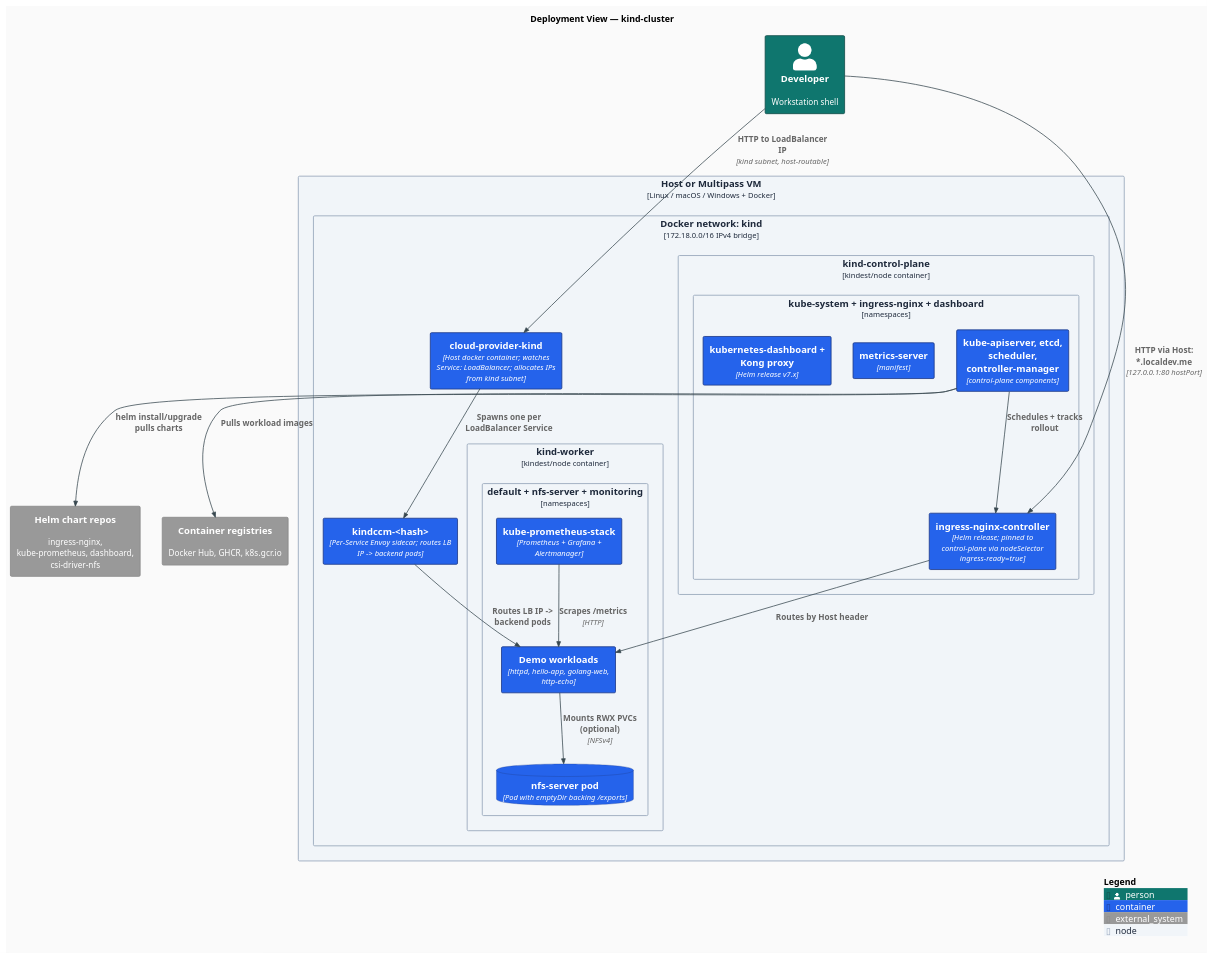
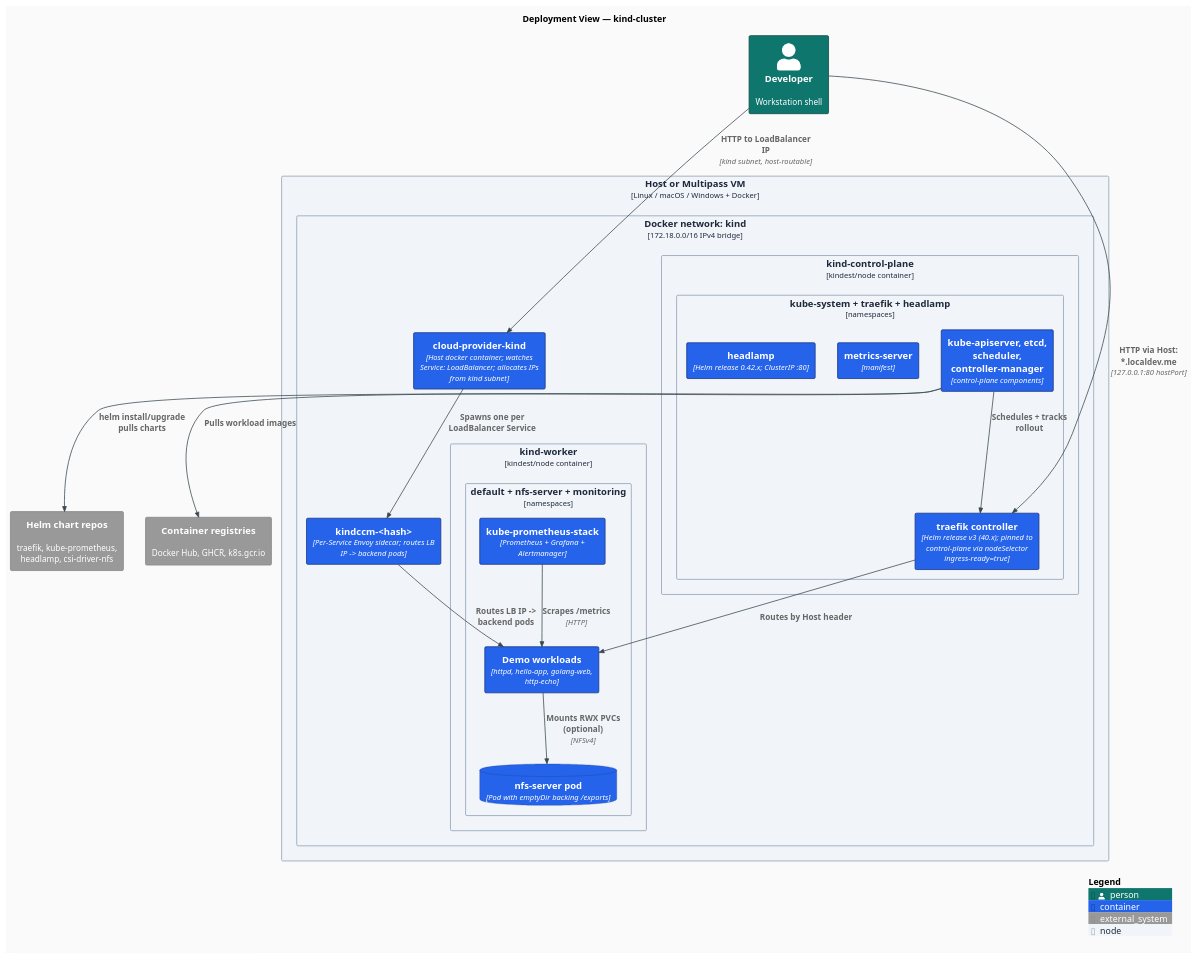
Before and after one commit to AndriyKalashnykov/kind-cluster: the diagram in docs/diagrams/c4-deployment.puml, drawn with PlantUML. The commit also changed 13 other files, not shown here.

```diff
--- a/docs/diagrams/c4-deployment.puml
+++ b/docs/diagrams/c4-deployment.puml
@@ -1,61 +1,61 @@
 @startuml c4-deployment
 !include https://raw.githubusercontent.com/plantuml-stdlib/C4-PlantUML/v2.11.0/C4_Deployment.puml
 
 ' Modern flat styling: no shadows, sharper corners, clean sans-serif, modern palette.
 skinparam backgroundColor #FAFAFA
 skinparam shadowing false
 skinparam roundCorner 4
 skinparam defaultFontName "Inter, Helvetica, Arial, sans-serif"
 skinparam defaultFontSize 13
 skinparam ArrowColor #37474F
 skinparam ArrowThickness 1.2
 skinparam rectangleBorderThickness 1.3
 
 UpdateElementStyle("person",        $fontColor="#FFFFFF", $bgColor="#0F766E", $borderColor="#134E4A")
 UpdateElementStyle("container",     $fontColor="#FFFFFF", $bgColor="#2563EB", $borderColor="#1E3A8A")
 UpdateElementStyle("container_db",  $fontColor="#FFFFFF", $bgColor="#7C3AED", $borderColor="#4C1D95")
 UpdateElementStyle("node",          $fontColor="#1E293B", $bgColor="#F1F5F9", $borderColor="#94A3B8")
 UpdateBoundaryStyle($bgColor="#F1F5F9", $borderColor="#94A3B8", $fontColor="#1E293B")
 
 title Deployment View — kind-cluster
 
 Person(dev, "Developer", "Workstation shell")
 
 Deployment_Node(host, "Host or Multipass VM", "Linux / macOS / Windows + Docker") {
   Deployment_Node(net, "Docker network: kind", "172.18.0.0/16 IPv4 bridge") {
     Deployment_Node(cp, "kind-control-plane", "kindest/node container") {
-      Deployment_Node(kube, "kube-system + ingress-nginx + dashboard", "namespaces") {
+      Deployment_Node(kube, "kube-system + traefik + headlamp", "namespaces") {
         Container(api, "kube-apiserver, etcd, scheduler, controller-manager", "control-plane components")
-        Container(ingress, "ingress-nginx-controller", "Helm release; pinned to control-plane via nodeSelector ingress-ready=true")
+        Container(ingress, "traefik controller", "Helm release v3 (40.x); pinned to control-plane via nodeSelector ingress-ready=true")
         Container(metrics, "metrics-server", "manifest")
-        Container(dash, "kubernetes-dashboard + Kong proxy", "Helm release v7.x")
+        Container(dash, "headlamp", "Helm release 0.42.x; ClusterIP :80")
       }
     }
     Deployment_Node(worker, "kind-worker", "kindest/node container") {
       Deployment_Node(workload_ns, "default + nfs-server + monitoring", "namespaces") {
         Container(apps, "Demo workloads", "httpd, hello-app, golang-web, http-echo")
         ContainerDb(nfs, "nfs-server pod", "Pod with emptyDir backing /exports")
         Container(prom, "kube-prometheus-stack", "Prometheus + Grafana + Alertmanager")
       }
     }
     Container(cpk, "cloud-provider-kind", "Host docker container; watches Service: LoadBalancer; allocates IPs from kind subnet")
     Container(cpk_sidecars, "kindccm-<hash>", "Per-Service Envoy sidecar; routes LB IP -> backend pods")
   }
 }
 
-System_Ext(charts, "Helm chart repos", "ingress-nginx, kube-prometheus, dashboard, csi-driver-nfs")
+System_Ext(charts, "Helm chart repos", "traefik, kube-prometheus, headlamp, csi-driver-nfs")
 System_Ext(registries, "Container registries", "Docker Hub, GHCR, k8s.gcr.io")
 
 Rel(dev, ingress, "HTTP via Host: *.localdev.me", "127.0.0.1:80 hostPort")
 Rel(dev, cpk, "HTTP to LoadBalancer IP", "kind subnet, host-routable")
 Rel(api, ingress, "Schedules + tracks rollout")
 Rel(cpk, cpk_sidecars, "Spawns one per LoadBalancer Service")
 Rel(cpk_sidecars, apps, "Routes LB IP -> backend pods")
 Rel(ingress, apps, "Routes by Host header")
 Rel(prom, apps, "Scrapes /metrics", "HTTP")
 Rel(apps, nfs, "Mounts RWX PVCs (optional)", "NFSv4")
 Rel(api, charts, "helm install/upgrade pulls charts")
 Rel(api, registries, "Pulls workload images")
 
 SHOW_LEGEND()
 @enduml
```
